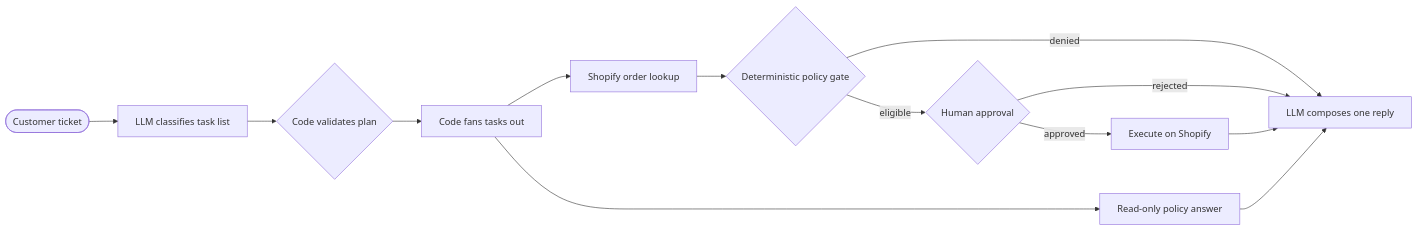
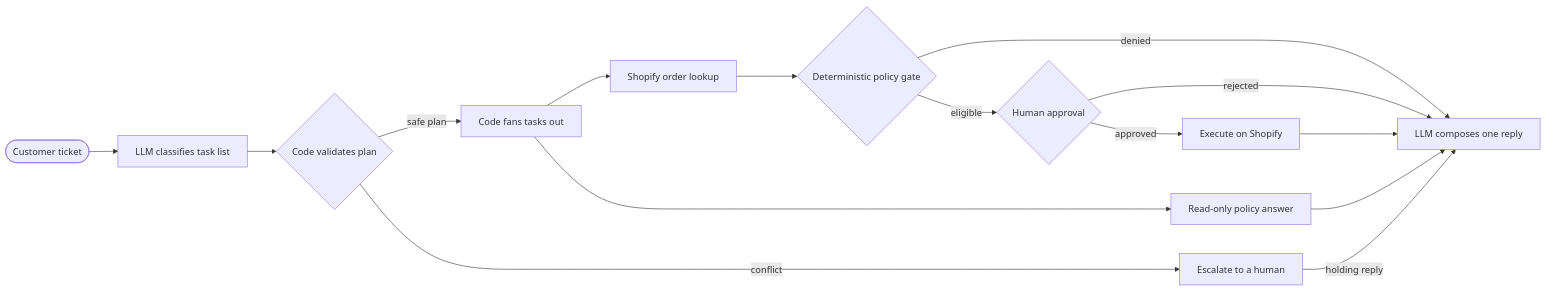
The diagram in README.md (Rahat-Kabir/store-keeper), drawn with Mermaid before and after one commit. The commit also changed other lines of this file and 2 other files, not shown here.

````diff
--- a/README.md
+++ b/README.md
@@ -32,15 +40,17 @@
 ```mermaid
 flowchart LR
     ticket([Customer ticket]) --> classify[LLM classifies task list]
     classify --> validate{Code validates plan}
-    validate --> fanout[Code fans tasks out]
+    validate -- safe plan --> fanout[Code fans tasks out]
+    validate -- conflict --> escalate[Escalate to a human]
     fanout --> lookup[Shopify order lookup]
     fanout --> answer[Read-only policy answer]
     lookup --> gate{Deterministic policy gate}
     gate -- denied --> compose[LLM composes one reply]
     gate -- eligible --> approval{Human approval}
     approval -- approved --> execute[Execute on Shopify]
     approval -- rejected --> compose
     execute --> compose
     answer --> compose
+    escalate -- holding reply --> compose
 ```
````
